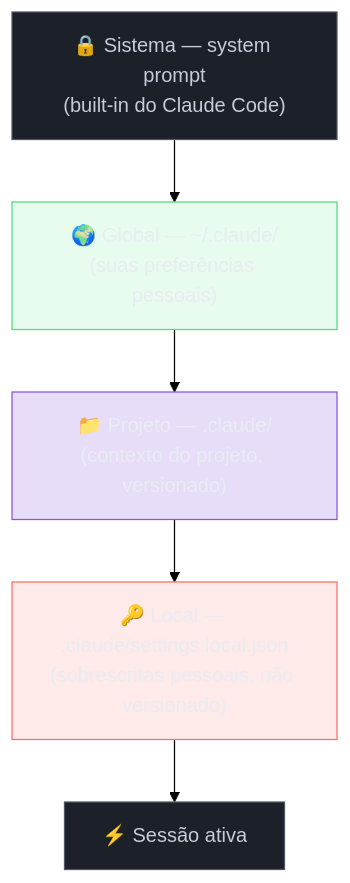
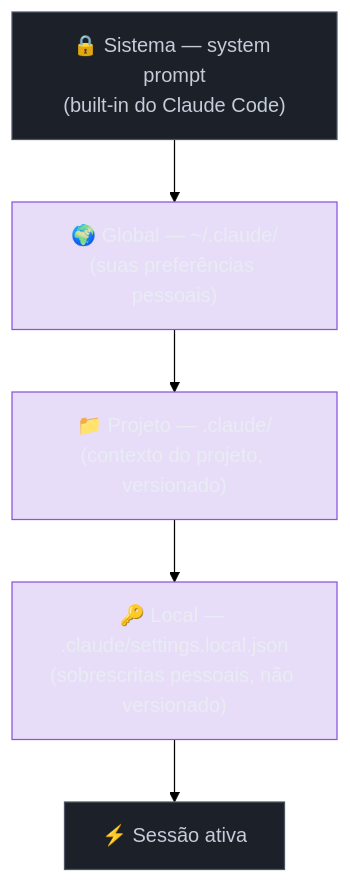
Before and after one commit to josenaldo/codex-technomanticus: the first of 2 diagrams in 03-Dominios/Tecnologia/IA/Claude Code/Configuração/01 - Hierarquia de configuração.md, drawn with Mermaid (forest theme). The commit also changed other lines of this file and 601 other files, not shown here.

````diff
--- a/03-Dominios/Tecnologia/IA/Claude Code/Configuração/01 - Hierarquia de configuração.md
+++ b/03-Dominios/Tecnologia/IA/Claude Code/Configuração/01 - Hierarquia de configuração.md
@@ -33,20 +33,18 @@
 ```mermaid
 flowchart TD
     classDef neutro fill:#1B2029,stroke:#4E5666,color:#C6CCD8
-    classDef ok fill:#4ADE8021,stroke:#4ADE80,color:#E9ECF2
     classDef marca fill:#8855DF33,stroke:#8855DF,color:#E9ECF2
-    classDef falha fill:#FF6B6B24,stroke:#FF6B6B,color:#E9ECF2
     S["🔒 Sistema — system prompt\n(built-in do Claude Code)"]
     G["🌍 Global — ~/.claude/\n(suas preferências pessoais)"]
     P["📁 Projeto — .claude/\n(contexto do projeto, versionado)"]
     L["🔑 Local — .claude/settings.local.json\n(sobrescritas pessoais, não versionado)"]
     A["⚡ Sessão ativa"]
 
     S --> G --> P --> L --> A
 
     class S neutro
-    class G ok
+    class G marca
     class P marca
-    class L falha
+    class L marca
     class A neutro
 ```
````
